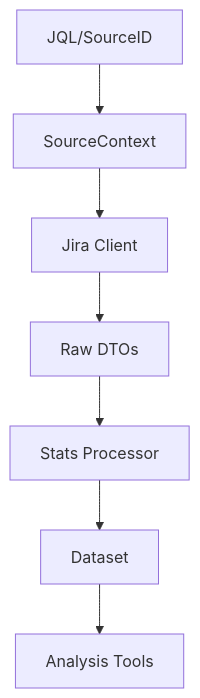
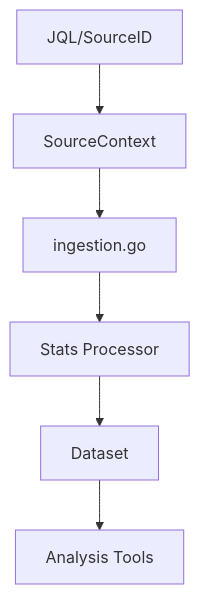
Before and after one commit to bbak/mcs-mcp: the second of 2 diagrams in docs/architecture.md, drawn with Mermaid. The commit also changed other lines of this file and 12 other files, not shown here.

````diff
--- a/docs/architecture.md
+++ b/docs/architecture.md
@@ -239,9 +248,8 @@
 ```mermaid
 graph TD
     A[JQL/SourceID] --> B[SourceContext]
-    B --> C[Jira Client]
-    C --> D[Raw DTOs]
-    D --> E[Stats Processor]
-    E --> F[Dataset]
-    F --> G[Analysis Tools]
+    B --> C[ingestion.go]
+    C --> D[Stats Processor]
+    D --> E[Dataset]
+    E --> F[Analysis Tools]
 ```
````
